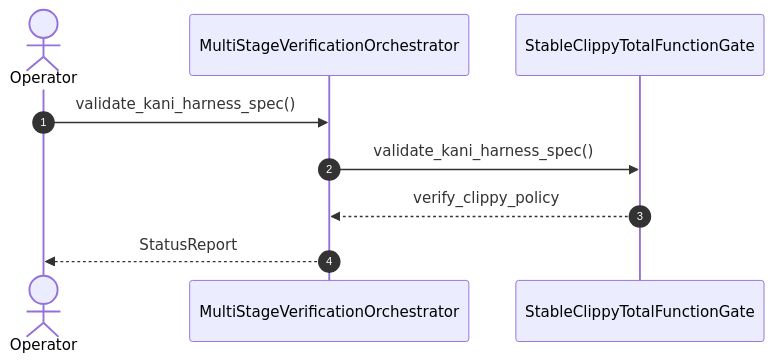
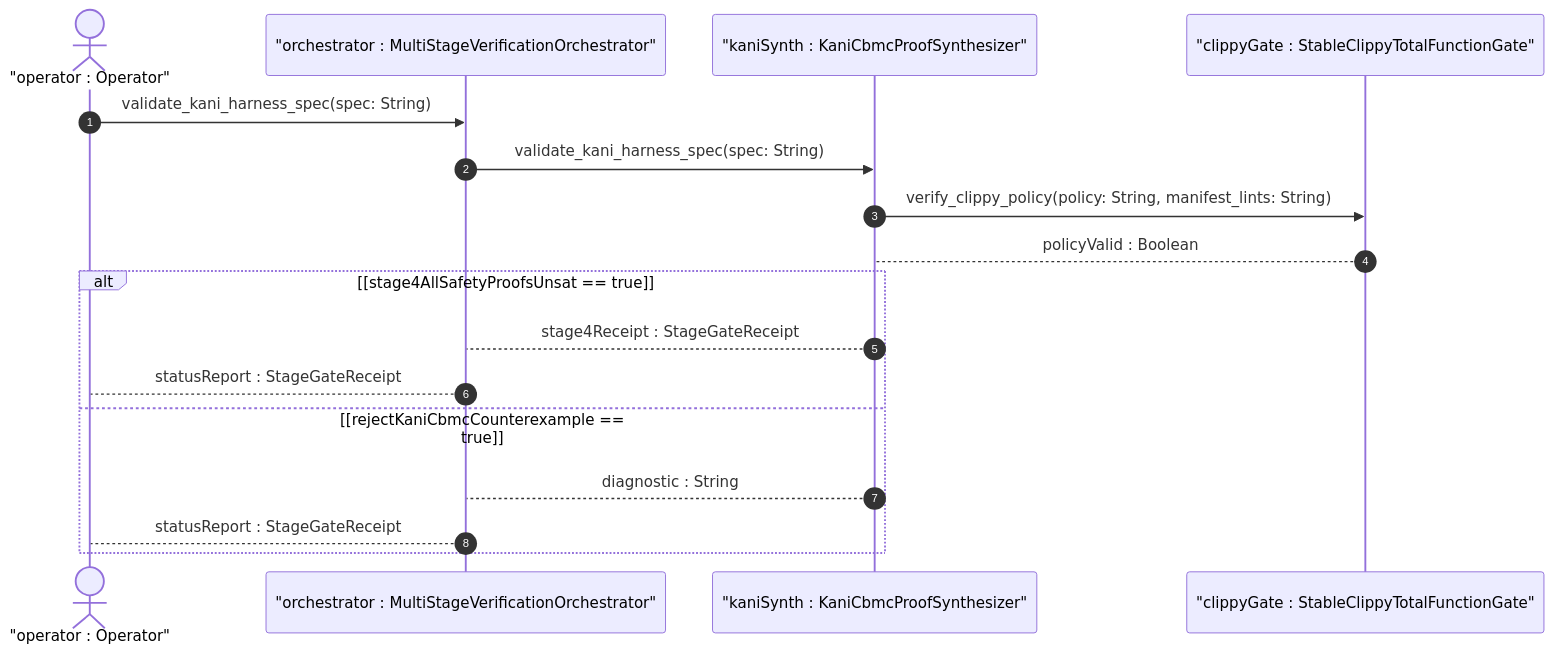
One commit to gintatkinson/DEAP01-spec-core changed the first of 2 diagrams in .pipeline/upstream/docs/user-stories/US-64-validate_kani_harness_spec.md. Above: the diagram before and after it, drawn with Mermaid. The commit also changed other lines of this file and 225 other files, not shown here.

````diff
--- a/.pipeline/upstream/docs/user-stories/US-64-validate_kani_harness_spec.md
+++ b/.pipeline/upstream/docs/user-stories/US-64-validate_kani_harness_spec.md
@@ -37,11 +38,19 @@
 ```mermaid
 sequenceDiagram
     autonumber
-    actor Operator
-    participant MultiStageVerificationOrchestrator
-    participant StableClippyTotalFunctionGate
-    Operator->>MultiStageVerificationOrchestrator: validate_kani_harness_spec()
-    MultiStageVerificationOrchestrator->>StableClippyTotalFunctionGate: validate_kani_harness_spec()
-    StableClippyTotalFunctionGate-->>MultiStageVerificationOrchestrator: verify_clippy_policy
-    MultiStageVerificationOrchestrator-->>Operator: StatusReport
+    actor Operator as "operator : Operator"
+    participant MultiStageVerificationOrchestrator as "orchestrator : MultiStageVerificationOrchestrator"
+    participant KaniCbmcProofSynthesizer as "kaniSynth : KaniCbmcProofSynthesizer"
+    participant StableClippyTotalFunctionGate as "clippyGate : StableClippyTotalFunctionGate"
+    Operator->>MultiStageVerificationOrchestrator: validate_kani_harness_spec(spec: String)
+    MultiStageVerificationOrchestrator->>KaniCbmcProofSynthesizer: validate_kani_harness_spec(spec: String)
+    KaniCbmcProofSynthesizer->>StableClippyTotalFunctionGate: verify_clippy_policy(policy: String, manifest_lints: String)
+    StableClippyTotalFunctionGate-->KaniCbmcProofSynthesizer: policyValid : Boolean
+    alt [stage4AllSafetyProofsUnsat == true]
+        KaniCbmcProofSynthesizer-->MultiStageVerificationOrchestrator: stage4Receipt : StageGateReceipt
+        MultiStageVerificationOrchestrator-->Operator: statusReport : StageGateReceipt
+    else [rejectKaniCbmcCounterexample == true]
+        KaniCbmcProofSynthesizer-->MultiStageVerificationOrchestrator: diagnostic : String
+        MultiStageVerificationOrchestrator-->Operator: statusReport : StageGateReceipt
+    end
 ```
````
